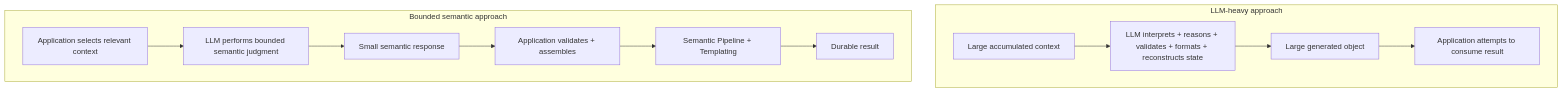
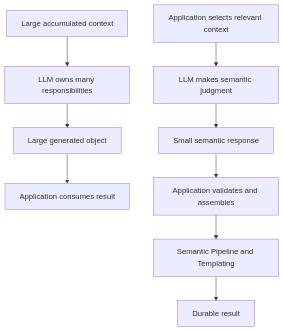
The fifth of 8 diagrams in README.md (Augmentedjs/llm_efficiency), drawn with Mermaid before and after one commit. The commit also changed other lines of this file, not shown here.

Commit message:
Clean README and fix GitHub Mermaid rendering

````diff
--- a/README.md
+++ b/README.md
@@ -368,16 +257,11 @@
 ```mermaid
-flowchart TB
-    subgraph CONV["LLM-heavy approach"]
-        A1["Large accumulated context"] --> A2["LLM interprets + reasons + validates + formats + reconstructs state"]
-        A2 --> A3["Large generated object"]
-        A3 --> A4["Application attempts to consume result"]
-    end
-
-    subgraph BOUND["Bounded semantic approach"]
-        B1["Application selects relevant context"] --> B2["LLM performs bounded semantic judgment"]
-        B2 --> B3["Small semantic response"]
-        B3 --> B4["Application validates + assembles"]
-        B4 --> B5["Semantic Pipeline + Templating"]
-        B5 --> B6["Durable result"]
-    end
+graph TD;
+    A[Large accumulated context] --> B[LLM owns many responsibilities];
+    B --> C[Large generated object];
+    C --> D[Application consumes result];
+    E[Application selects relevant context] --> F[LLM makes semantic judgment];
+    F --> G[Small semantic response];
+    G --> H[Application validates and assembles];
+    H --> I[Semantic Pipeline and Templating];
+    I --> J[Durable result];
 ```
````
